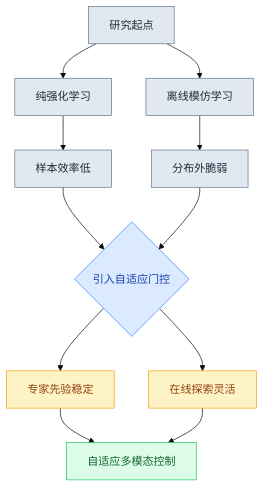
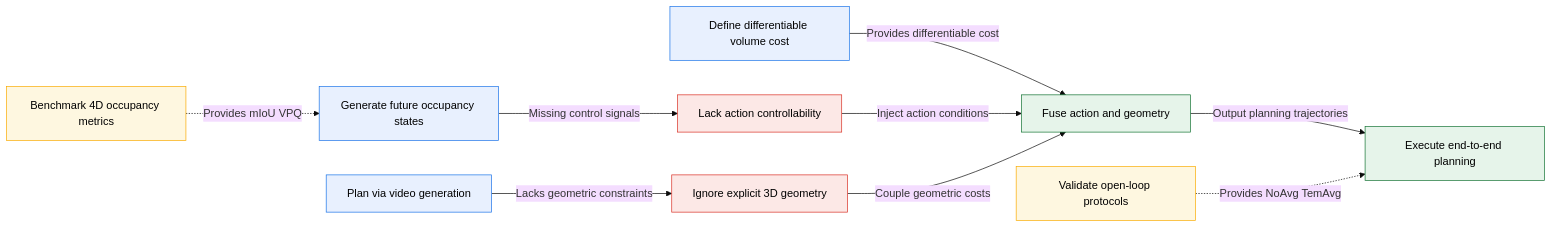
The sixth of 10 diagrams in person_vault/2026-06-12_DrivingInTheOccupancyWorldVisionCentric4_2408.14197/report.md (ShinewineW/paper-rolling), drawn with Mermaid (base theme) before and after one commit. The commit also changed other lines of this file and 51 other files, not shown here.

````diff
--- a/person_vault/2026-06-12_DrivingInTheOccupancyWorldVisionCentric4_2408.14197/report.md
+++ b/person_vault/2026-06-12_DrivingInTheOccupancyWorldVisionCentric4_2408.14197/report.md
@@ -324,18 +462,16 @@
 ```mermaid
-graph TB
-    classDef legacy fill:#e2e8f0,color:#1e293b,stroke:#64748b
-    classDef hybrid fill:#dbeafe,color:#1e40af,stroke:#3b82f6
-    classDef proposed fill:#dcfce7,color:#166534,stroke:#22c55e
-    classDef data fill:#fef3c7,color:#92400e,stroke:#f59e0b
-    
-    start["研究起点"]:::legacy --> rl["纯强化学习"]:::legacy
-    rl --> pain1["样本效率低"]:::legacy
-    start --> il["离线模仿学习"]:::legacy
-    il --> pain2["分布外脆弱"]:::legacy
-    pain1 --> gate{引入自适应门控}:::hybrid
-    pain2 --> gate
-    gate --> expert["专家先验稳定"]:::data
-    gate --> online["在线探索灵活"]:::data
-    expert --> proposed["自适应多模态控制"]:::proposed
-    online --> proposed
+flowchart LR
+    classDef base fill:#e8f0fe,stroke:#1a73e8,color:#000;
+    classDef gap fill:#fce8e6,stroke:#d93025,color:#000;
+    classDef ours fill:#e6f4ea,stroke:#137333,color:#000;
+    classDef metric fill:#fef7e0,stroke:#f9ab00,color:#000;
+
+    occ_world["Generate future occupancy states"]:::base -->|Missing control signals| action_gap["Lack action controllability"]:::gap
+    drive_wm["Plan via video generation"]:::base -->|Lacks geometric constraints| geo_gap["Ignore explicit 3D geometry"]:::gap
+    st_p3["Define differentiable volume cost"]:::base -->|Provides differentiable cost| drive_occ["Fuse action and geometry"]:::ours
+    action_gap -->|Inject action conditions| drive_occ
+    geo_gap -->|Couple geometric costs| drive_occ
+    drive_occ -->|Output planning trajectories| plan_eval["Execute end-to-end planning"]:::ours
+    cam4docc["Benchmark 4D occupancy metrics"]:::metric -.->|Provides mIoU VPQ| occ_world
+    uniad["Validate open-loop protocols"]:::metric -.->|Provides NoAvg TemAvg| plan_eval
 ```
````
